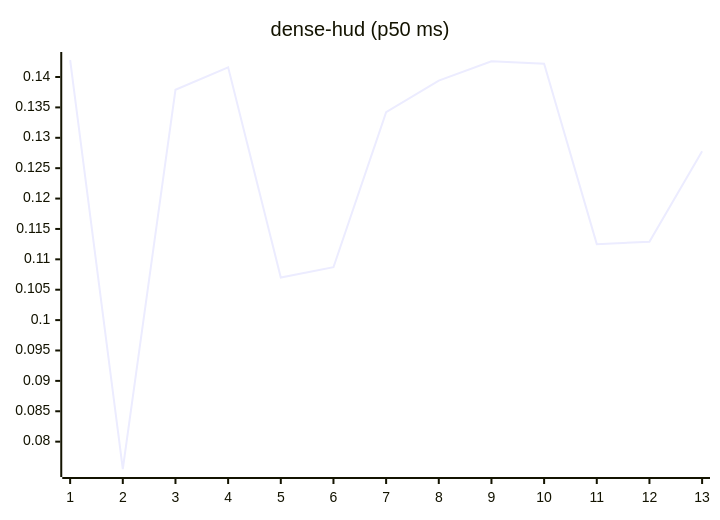
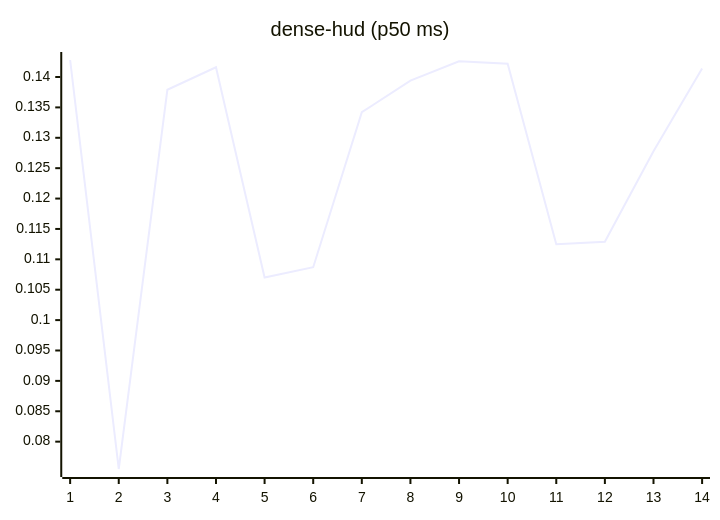
Before and after one commit to josha/Facet: the eighth of 27 diagrams in README.md, drawn with Mermaid. The commit also changed other lines of this file and 2 other files, not shown here.

````diff
--- a/README.md
+++ b/README.md
@@ -112,6 +112,6 @@
 ```mermaid
 xychart-beta
     title "dense-hud (p50 ms)"
-    x-axis 1 --> 13
-    line [0.1428, 0.0755, 0.1379, 0.1416, 0.1070, 0.1087, 0.1342, 0.1394, 0.1426, 0.1422, 0.1125, 0.1129, 0.1278]
+    x-axis 1 --> 14
+    line [0.1428, 0.0755, 0.1379, 0.1416, 0.1070, 0.1087, 0.1342, 0.1394, 0.1426, 0.1422, 0.1125, 0.1129, 0.1278, 0.1414]
 ```
````
